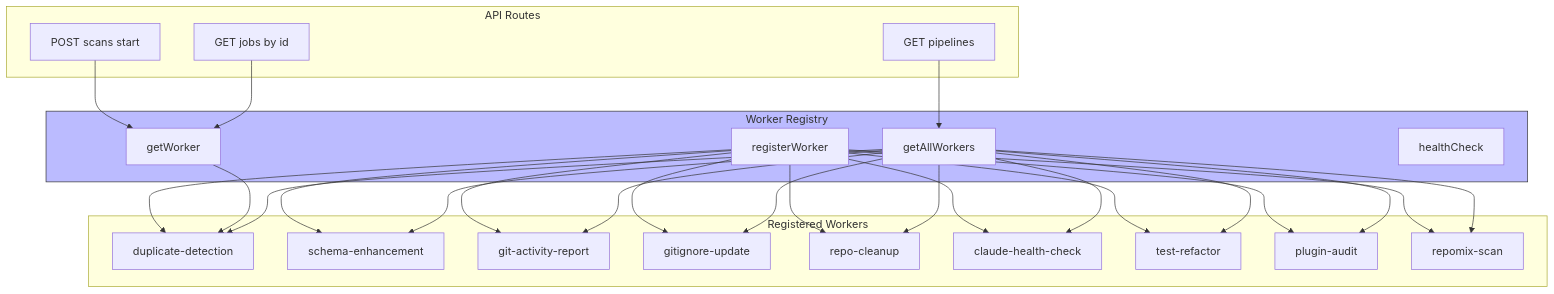
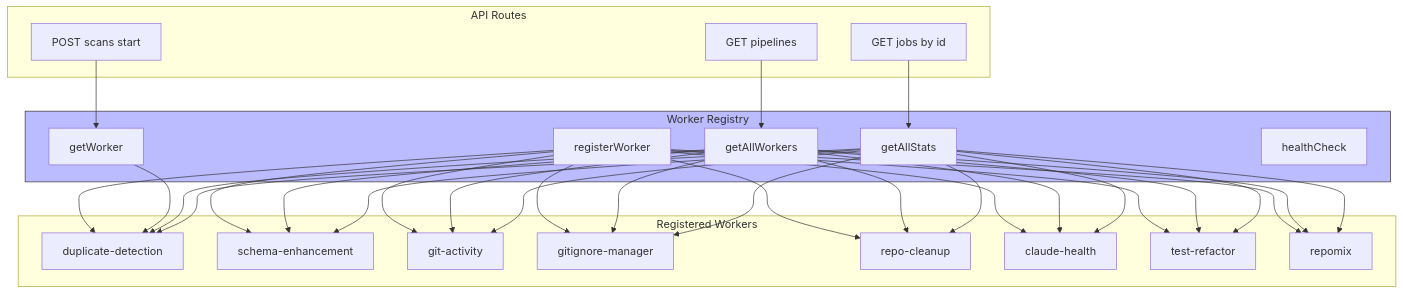
The ninth of 14 diagrams in docs/architecture/SYSTEM-DATA-FLOW.md (integritystudio/AlephAuto), drawn with Mermaid before and after one commit. The commit also changed other lines of this file, not shown here.

First line of the commit message:
docs: update system data flow documentation to v1.1

````diff
--- a/docs/architecture/SYSTEM-DATA-FLOW.md
+++ b/docs/architecture/SYSTEM-DATA-FLOW.md
@@ -502,39 +510,40 @@
 ```mermaid
 flowchart TB
     subgraph Registry["Worker Registry"]
         Register["registerWorker"]
         Get["getWorker"]
         All["getAllWorkers"]
+        Stats["getAllStats"]
         Health["healthCheck"]
     end
 
     subgraph Workers["Registered Workers"]
         DD["duplicate-detection"]
         SE["schema-enhancement"]
-        GA["git-activity-report"]
-        GI["gitignore-update"]
+        GA["git-activity"]
+        GI["gitignore-manager"]
         RC["repo-cleanup"]
-        CH["claude-health-check"]
+        CH["claude-health"]
         TR["test-refactor"]
-        PM["plugin-audit"]
-        RM["repomix-scan"]
+        RM["repomix"]
     end
 
     subgraph API["API Routes"]
         Start["POST scans start"]
         List["GET pipelines"]
         Status["GET jobs by id"]
     end
 
-    Register --> DD & SE & GA & GI & RC & CH & TR & PM & RM
+    Register --> DD & SE & GA & GI & RC & CH & TR & RM
 
     Start --> Get
     Get --> DD
 
     List --> All
-    All --> DD & SE & GA & GI & RC & CH & TR & PM & RM
+    All --> DD & SE & GA & GI & RC & CH & TR & RM
 
-    Status --> Get
+    Status --> Stats
+    Stats --> DD & SE & GA & GI & RC & CH & TR & RM
 
     style Registry fill:#bbf,stroke:#333
 ```
````
